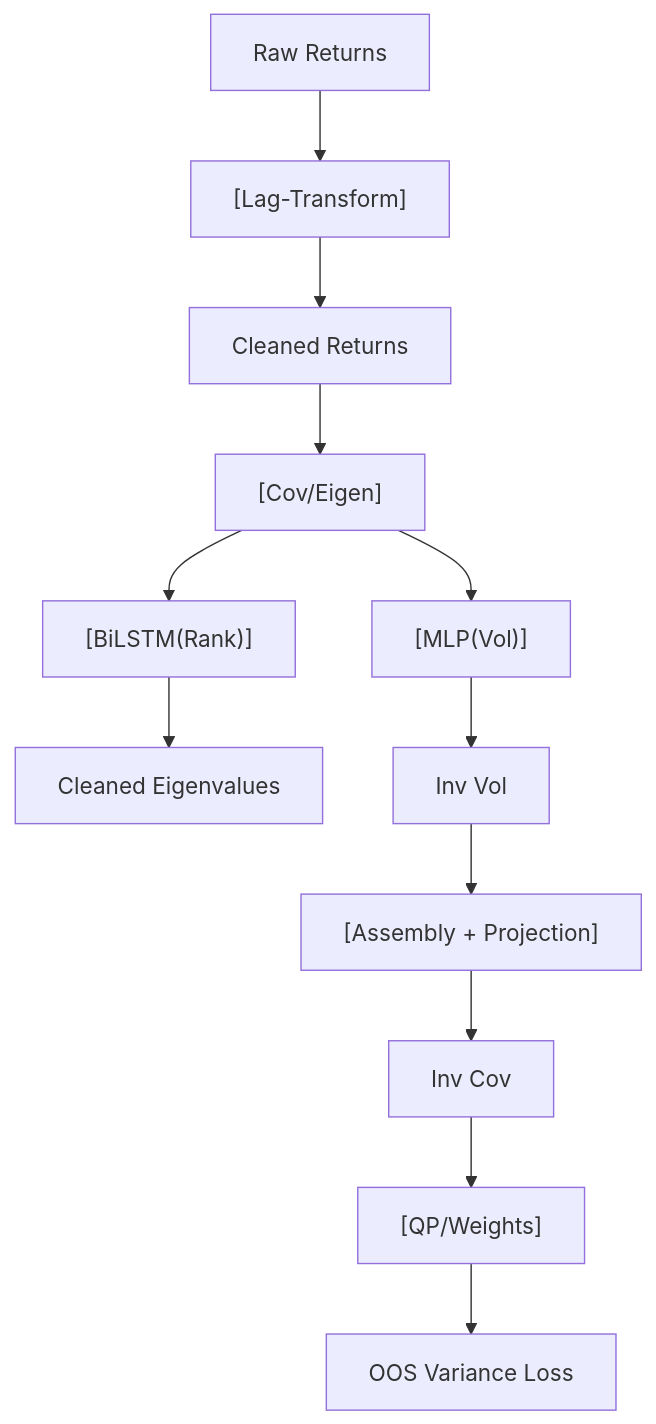
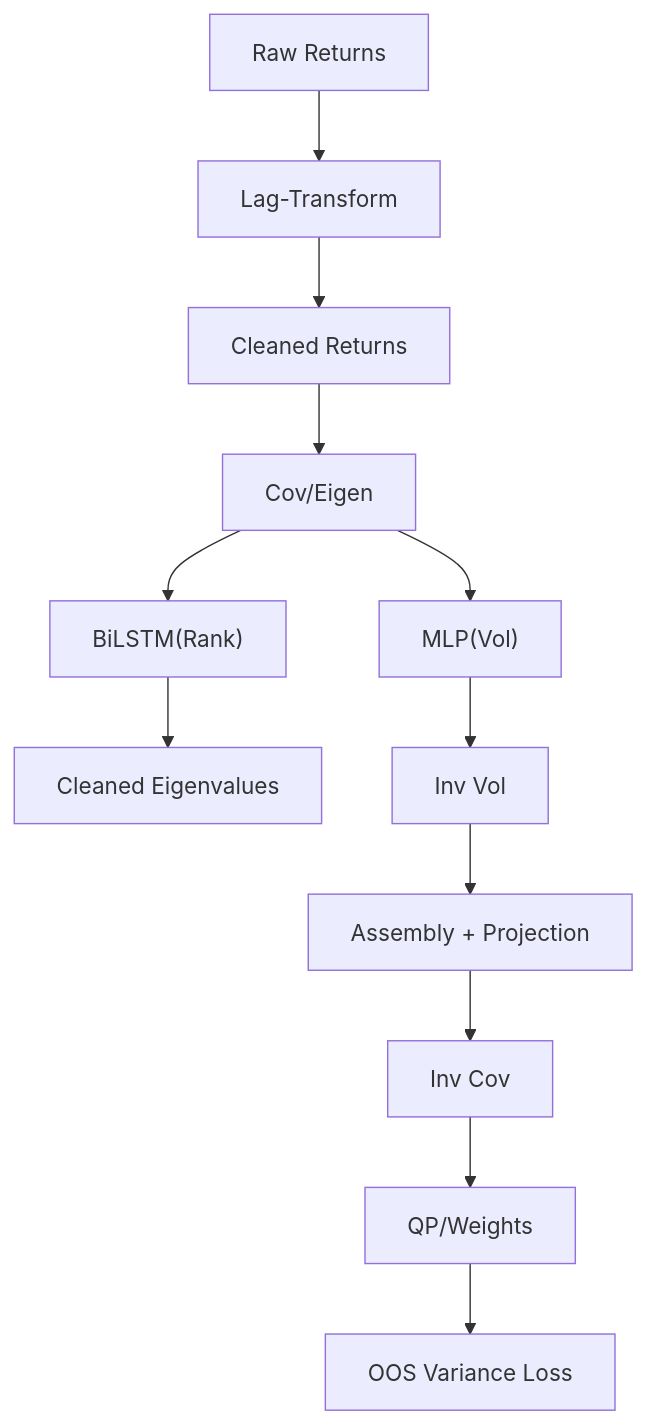
One commit to sou350121/Trading-Handbook changed the diagram in foundations/portfolio-optimization/rienet.md. Above: the diagram before and after it, drawn with Mermaid. The commit also changed 191 other files, not shown here.

First line of the commit message:
render: fix math + mermaid for GitHub across the corpus (188 pages)

````diff
--- a/foundations/portfolio-optimization/rienet.md
+++ b/foundations/portfolio-optimization/rienet.md
@@ -33,14 +33,14 @@
 ```mermaid
 flowchart TD
-    A["Raw Returns"] --> B["[Lag-Transform]"]
+    A["Raw Returns"] --> B["Lag-Transform"]
     B --> C["Cleaned Returns"]
-    C --> D["[Cov/Eigen]"]
-    D --> E["[BiLSTM(Rank)]"]
+    C --> D["Cov/Eigen"]
+    D --> E["BiLSTM(Rank)"]
     E --> F["Cleaned Eigenvalues"]
-    D --> G["[MLP(Vol)]"]
+    D --> G["MLP(Vol)"]
     G --> H["Inv Vol"]
-    H --> I["[Assembly + Projection]"]
+    H --> I["Assembly + Projection"]
     I --> J["Inv Cov"]
-    J --> K["[QP/Weights]"]
+    J --> K["QP/Weights"]
     K --> L["OOS Variance Loss"]
 ```
````
